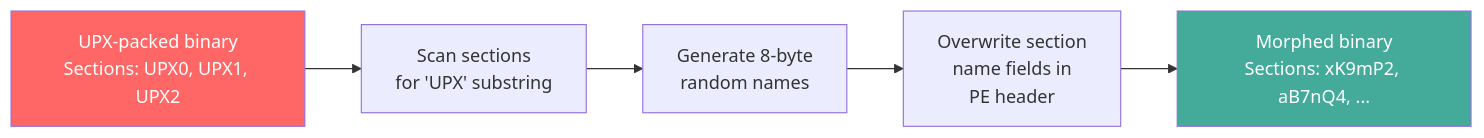
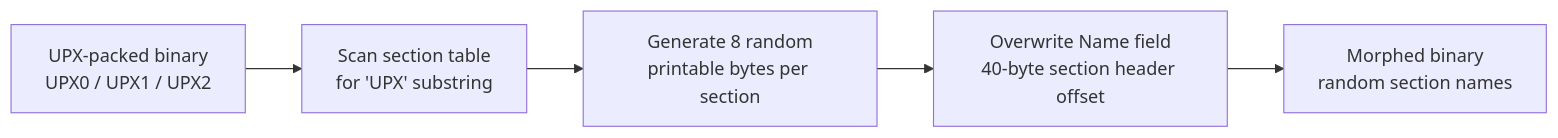
One commit to oioio-space/maldev changed the diagram in docs/techniques/pe/morph.md. Above: the diagram before and after it, drawn with Mermaid. The commit also changed other lines of this file and 7 other files, not shown here.

````diff
--- a/docs/techniques/pe/morph.md
+++ b/docs/techniques/pe/morph.md
@@ -22,10 +36,7 @@
 ```mermaid
 flowchart LR
-    INPUT["UPX-packed binary\nSections: UPX0, UPX1, UPX2"] --> DETECT["Scan sections\nfor 'UPX' substring"]
-    DETECT --> RANDOM["Generate 8-byte\nrandom names"]
-    RANDOM --> PATCH["Overwrite section\nname fields in\nPE header"]
-    PATCH --> OUTPUT["Morphed binary\nSections: xK9mP2, aB7nQ4, ..."]
-
-    style INPUT fill:#f66,color:#fff
-    style OUTPUT fill:#4a9,color:#fff
+    INPUT["UPX-packed binary<br/>UPX0 / UPX1 / UPX2"] --> SCAN[Scan section table<br/>for 'UPX' substring]
+    SCAN --> RAND[Generate 8 random<br/>printable bytes per section]
+    RAND --> PATCH[Overwrite Name field<br/>40-byte section header offset]
+    PATCH --> OUT[Morphed binary<br/>random section names]
 ```
````
